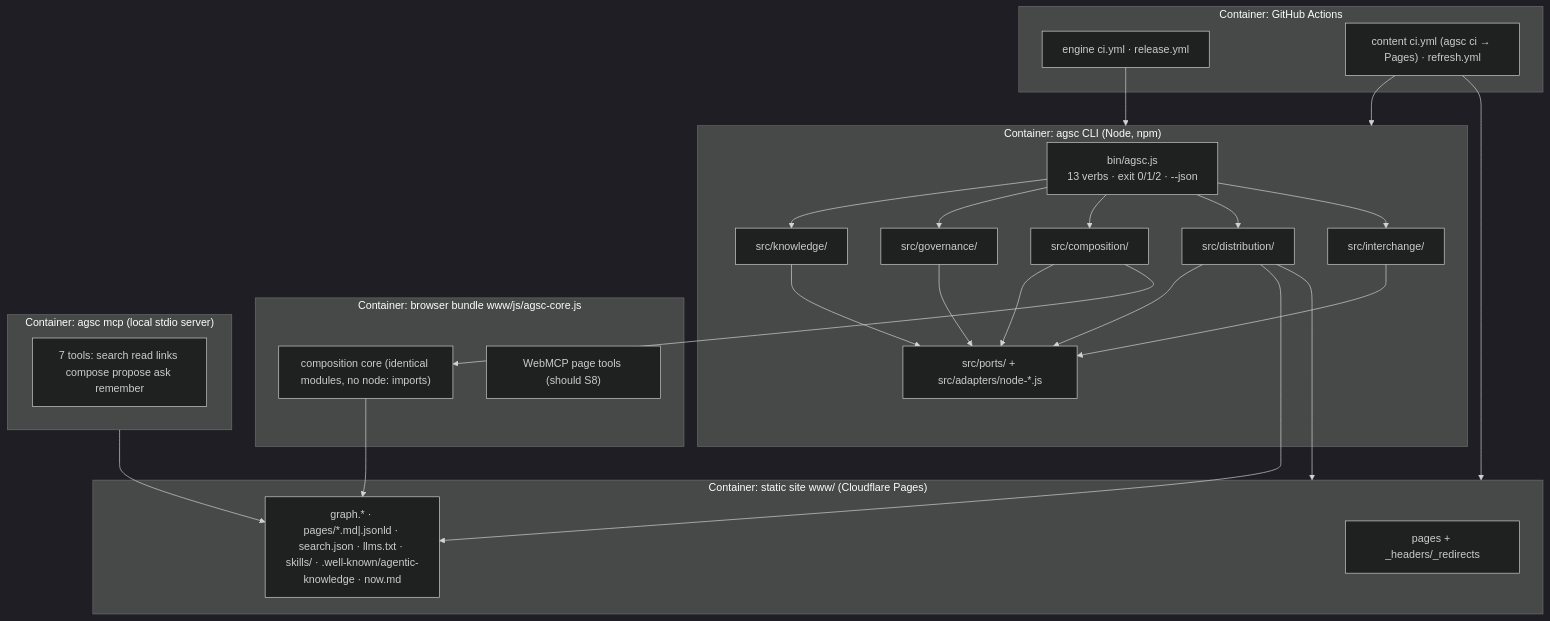
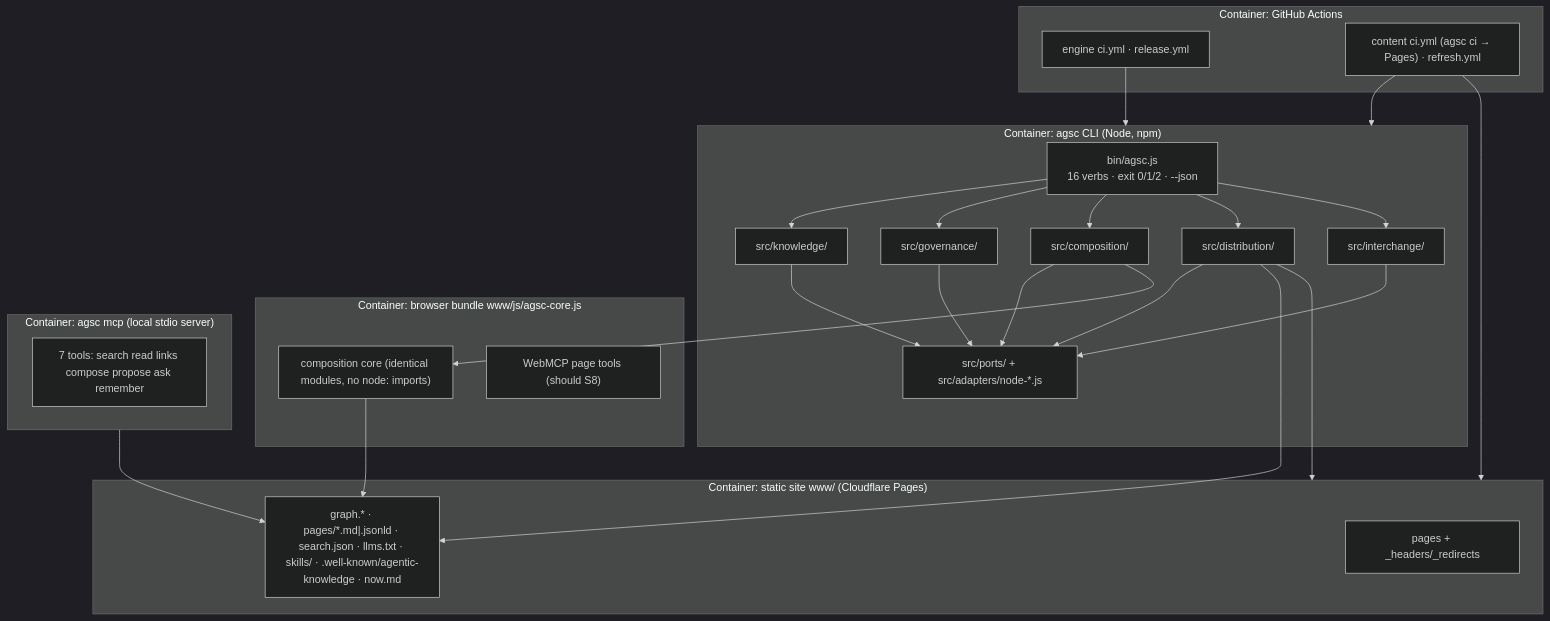
Before and after one commit to andreibesleaga/agentic-system-core: the second of 2 diagrams in docs/PLAN.md, drawn with Mermaid (dark theme). The commit also changed other lines of this file and 83 other files, not shown here.

````diff
--- a/docs/PLAN.md
+++ b/docs/PLAN.md
@@ -121,37 +121,37 @@
 ```mermaid
 graph TB
   subgraph CLI["Container: agsc CLI (Node, npm)"]
-    BIN["bin/agsc.js<br/>13 verbs · exit 0/1/2 · --json"]
+    BIN["bin/agsc.js<br/>16 verbs · exit 0/1/2 · --json"]
     K["src/knowledge/"]
     G["src/governance/"]
     C["src/composition/"]
     D["src/distribution/"]
     I["src/interchange/"]
     P["src/ports/ + src/adapters/node-*.js"]
   end
   subgraph BR["Container: browser bundle www/js/agsc-core.js"]
     CB["composition core (identical modules, no node: imports)"]
     WM["WebMCP page tools (should S8)"]
   end
   subgraph MCP["Container: agsc mcp (local stdio server)"]
     T["7 tools: search read links compose propose ask remember"]
   end
   subgraph CI["Container: GitHub Actions"]
     CIY["engine ci.yml · release.yml"]
     CTY["content ci.yml (agsc ci → Pages) · refresh.yml"]
   end
   subgraph ST["Container: static site www/ (Cloudflare Pages)"]
     HTML["pages + _headers/_redirects"]
     MACH["graph.* · pages/*.md|.jsonld · search.json · llms.txt · skills/ · .well-known/agentic-knowledge · now.md"]
   end
   BIN --> K & G & C & D & I
   K & G & C & D & I --> P
   D --> ST
   C --> CB
   D --> MACH
   MCP --> MACH
   CB --> MACH
   CIY --> CLI
   CTY --> CLI
   CTY --> ST
 ```
````
